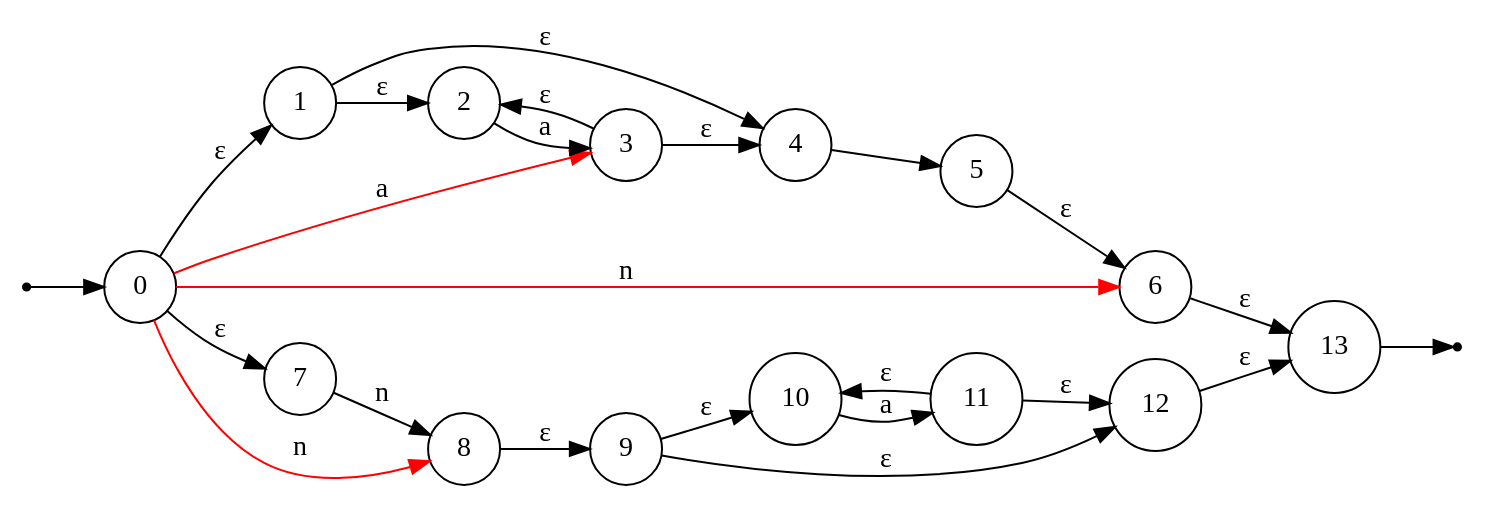
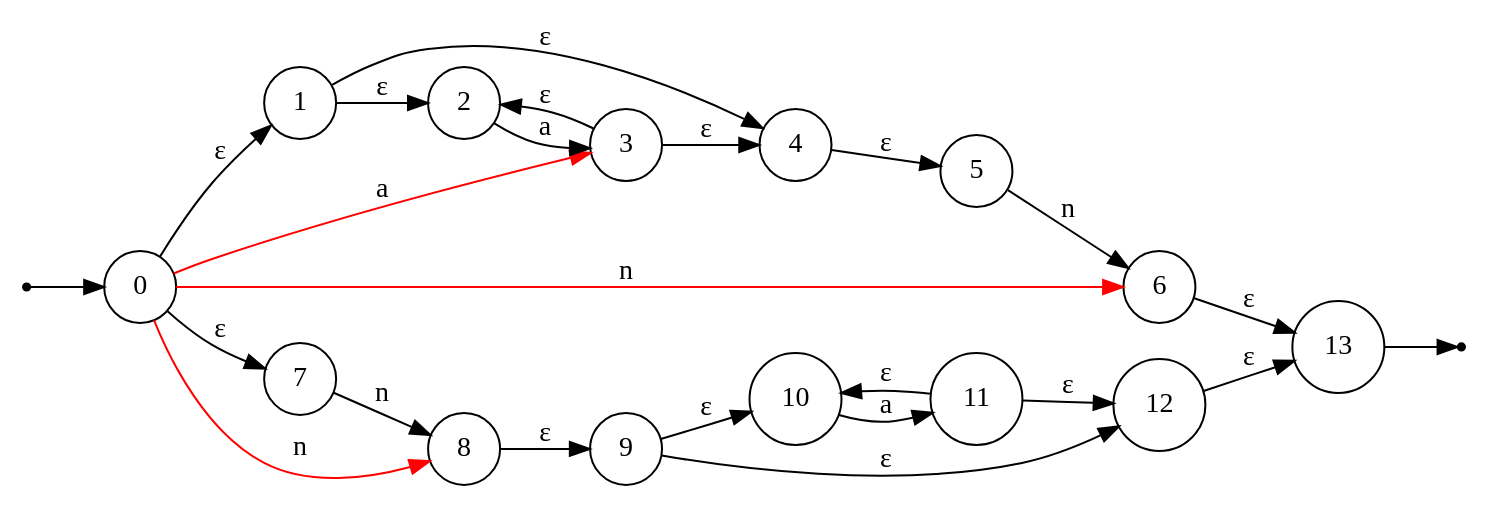
The fourth of 5 diagrams in THL/cours2.md (Rhaev3n/ING1-cours), drawn with Graphviz before and after one commit. The commit also changed other lines of this file, not shown here.

Commit message:
[THL] Fix what I believe to be an error in THL-cours2
Modify transitions in fourth graph and change a bit table associated

````diff
--- a/THL/cours2.md
+++ b/THL/cours2.md
@@ -57,33 +57,33 @@
 ```graphviz
 digraph hierarchy {
     rankdir=LR;
     node [shape = point ]; qi
     node [shape = point ]; qj
 
 
     node [shape = circle];
     qi->"0"
     "0"->"1" [label="ε"]
     "0"->"7" [label="ε"]
     "0"->"6" [color=red] [label="n"]
     "0"->"8" [color=red] [label="n"]
     "0"->"3" [color=red] [label="a"]
     "7"->"8" [label="n"]
     "8"->"9" [label="ε"]
     "9"->"10" [label="ε"]
     "10"->"11" [label="a"]
     "11"->"10" [label="ε"]
     "11"->"12" [label="ε"]
     "12"->"13" [label="ε"]
     "9"->12 [label="ε"]
     "1"->"2" [label="ε"]
     "1"->"4" [label="ε"]
     "2"->"3" [label="a"]
     "3"->"2" [label="ε"]
     "3"->"4" [label="ε"]
-    "4"->"5" [label=""]
-    "5"->"6" [label="ε"]
+    "4"->"5" [label="ε"]
+    "5"->"6" [label="n"]
     "6"->"13" [label="ε"]
     13->qj
 }
 ```
````
